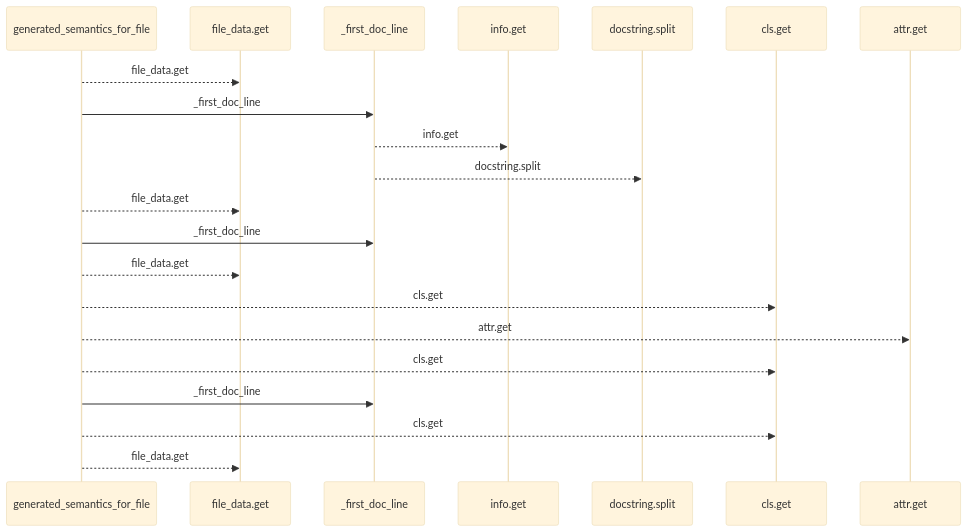
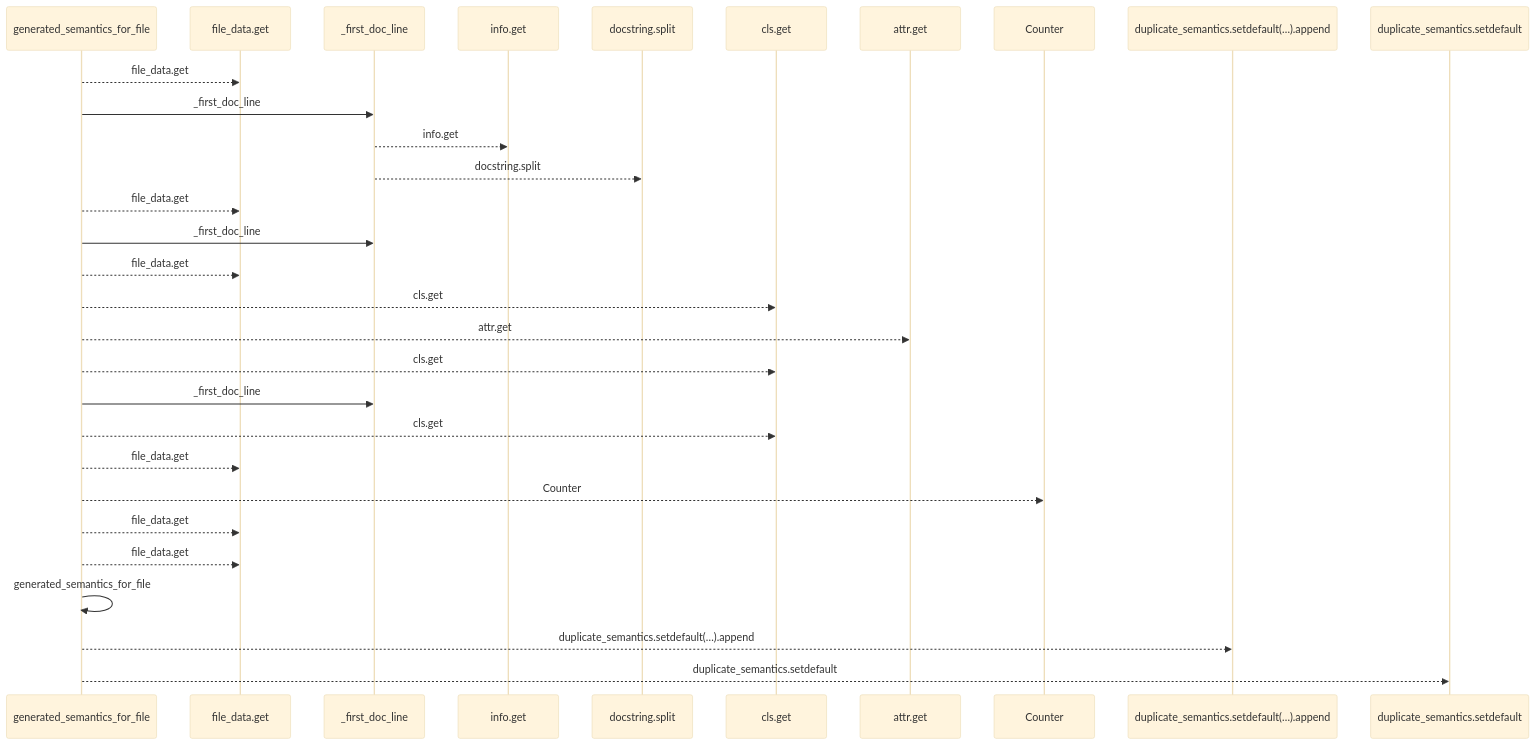
The first of 2 diagrams in docs/llm_wiki/flows/api-generated_semantics_for_file.md (Denissvgn/python-wiki-llm), drawn with Mermaid (base theme) before and after one commit. The commit also changed other lines of this file and 490 other files, not shown here.

````diff
--- a/docs/llm_wiki/flows/api-generated_semantics_for_file.md
+++ b/docs/llm_wiki/flows/api-generated_semantics_for_file.md
@@ -10,23 +10,32 @@
 ```mermaid
 sequenceDiagram
     participant p0 as generated_semantics_for_file
     participant p1 as file_data.get
     participant p2 as _first_doc_line
     participant p3 as info.get
     participant p4 as docstring.split
     participant p5 as cls.get
     participant p6 as attr.get
+    participant p7 as Counter
+    participant p8 as duplicate_semantics.setdefault(…).append
+    participant p9 as duplicate_semantics.setdefault
     p0-->>p1: file_data.get
     p0->>p2: _first_doc_line
     p2-->>p3: info.get
     p2-->>p4: docstring.split
     p0-->>p1: file_data.get
     p0->>p2: _first_doc_line
     p0-->>p1: file_data.get
     p0-->>p5: cls.get
     p0-->>p6: attr.get
     p0-->>p5: cls.get
     p0->>p2: _first_doc_line
     p0-->>p5: cls.get
     p0-->>p1: file_data.get
+    p0-->>p7: Counter
+    p0-->>p1: file_data.get
+    p0-->>p1: file_data.get
+    p0->>p0: generated_semantics_for_file
+    p0-->>p8: duplicate_semantics.setdefault(…).append
+    p0-->>p9: duplicate_semantics.setdefault
 ```
````
